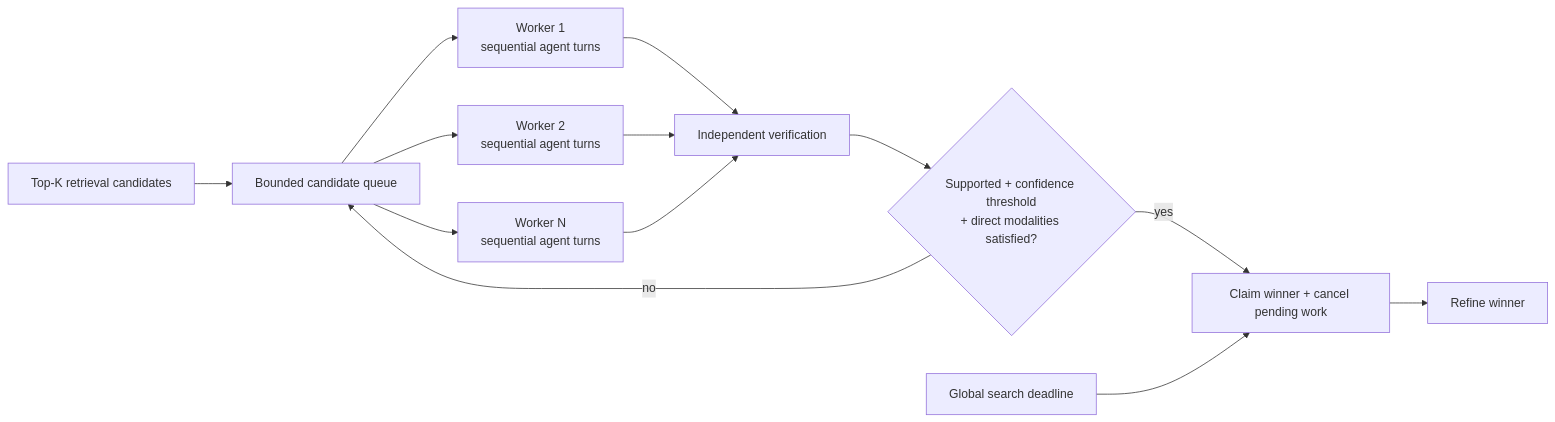
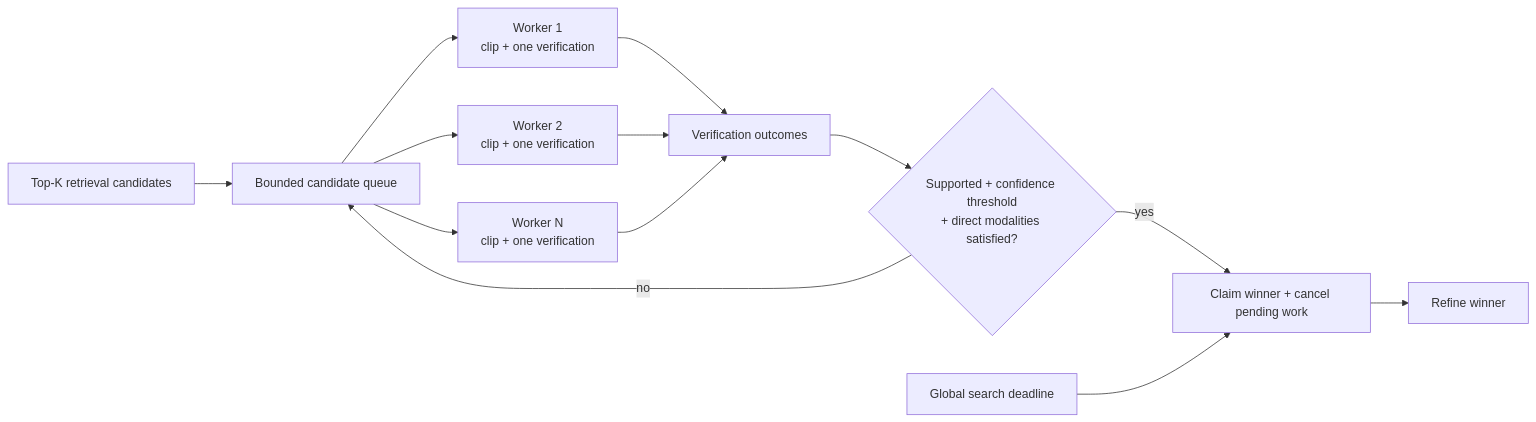
The seventh of 12 diagrams in SYSTEM_DESIGN.md (giaphoang/PatrolLens), drawn with Mermaid before and after one commit. The commit also changed other lines of this file and 23 other files, not shown here.

````diff
--- a/SYSTEM_DESIGN.md
+++ b/SYSTEM_DESIGN.md
@@ -257,15 +237,15 @@
 ```mermaid
 flowchart LR
     K["Top-K retrieval candidates"] --> Q["Bounded candidate queue"]
-    Q --> W1["Worker 1<br/>sequential agent turns"]
-    Q --> W2["Worker 2<br/>sequential agent turns"]
-    Q --> WN["Worker N<br/>sequential agent turns"]
-    W1 --> G["Independent verification"]
+    Q --> W1["Worker 1<br/>clip + one verification"]
+    Q --> W2["Worker 2<br/>clip + one verification"]
+    Q --> WN["Worker N<br/>clip + one verification"]
+    W1 --> G["Verification outcomes"]
     W2 --> G
     WN --> G
     G --> E{"Supported + confidence threshold<br/>+ direct modalities satisfied?"}
     E -->|yes| STOP["Claim winner + cancel pending work"]
     STOP --> R["Refine winner"]
     E -->|no| Q
     DEADLINE["Global search deadline"] --> STOP
 ```
````
